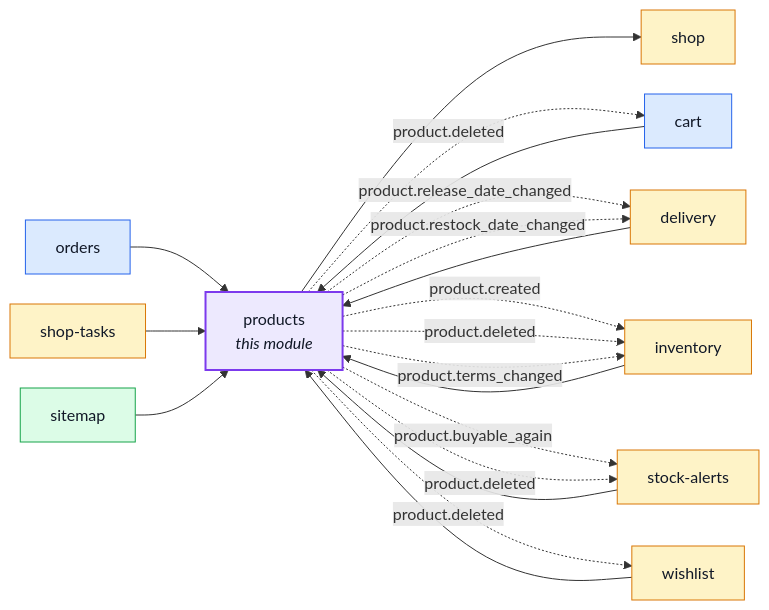
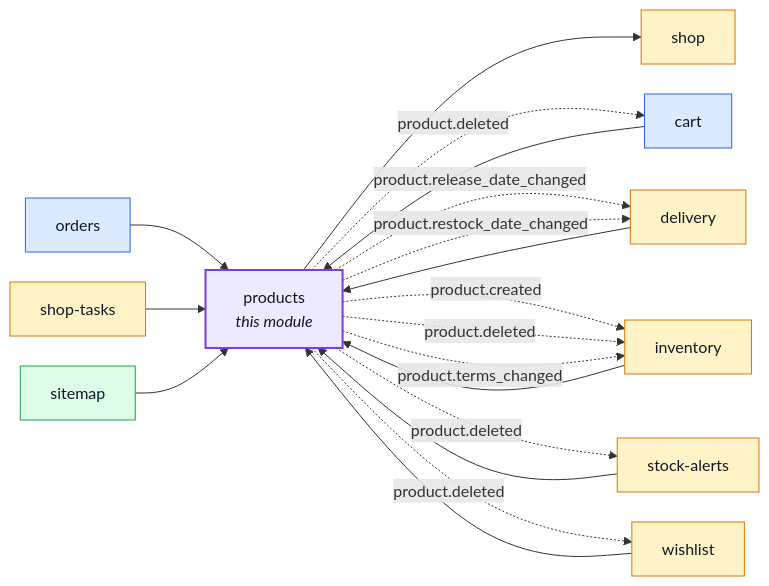
Before and after one commit to Guebbit/boilerplate-node-backend: the first of 2 diagrams in docs/modules/products.md, drawn with Mermaid. The commit also changed other lines of this file and 97 other files, not shown here.

First line of the commit message:
refactor(products): drop the stock copy; stock-alerts asks inventory on a 5-minute sweep

````diff
--- a/docs/modules/products.md
+++ b/docs/modules/products.md
@@ -25,42 +24,41 @@
 ```mermaid
 %%{init: {'flowchart': {'nodeSpacing': 30, 'rankSpacing': 60}}}%%
 flowchart LR
     products["products<br/><i>this module</i>"]
     cart["cart"]
     delivery["delivery"]
     inventory["inventory"]
     orders["orders"]
     shop["shop"]
     shop_tasks["shop-tasks"]
     sitemap["sitemap"]
     stock_alerts["stock-alerts"]
     wishlist["wishlist"]
 
     cart --> products
     delivery --> products
     inventory --> products
     orders --> products
     shop_tasks --> products
     sitemap --> products
     stock_alerts --> products
     wishlist --> products
     products --> shop
     products -. "product.deleted" .-> cart
     products -. "product.release_date_changed" .-> delivery
     products -. "product.restock_date_changed" .-> delivery
     products -. "product.created" .-> inventory
     products -. "product.deleted" .-> inventory
     products -. "product.terms_changed" .-> inventory
-    products -. "product.buyable_again" .-> stock_alerts
     products -. "product.deleted" .-> stock_alerts
     products -. "product.deleted" .-> wishlist
 
     classDef core fill:#dbeafe,stroke:#2563eb,color:#111827;
     classDef supporting fill:#fef3c7,stroke:#d97706,color:#111827;
     classDef generic fill:#dcfce7,stroke:#16a34a,color:#111827;
     classDef centre fill:#ede9fe,stroke:#7c3aed,stroke-width:2px,color:#111827;
     class cart,orders core;
     class delivery,inventory,shop,shop_tasks,stock_alerts,wishlist supporting;
     class sitemap generic;
     class products centre;
 ```
````
